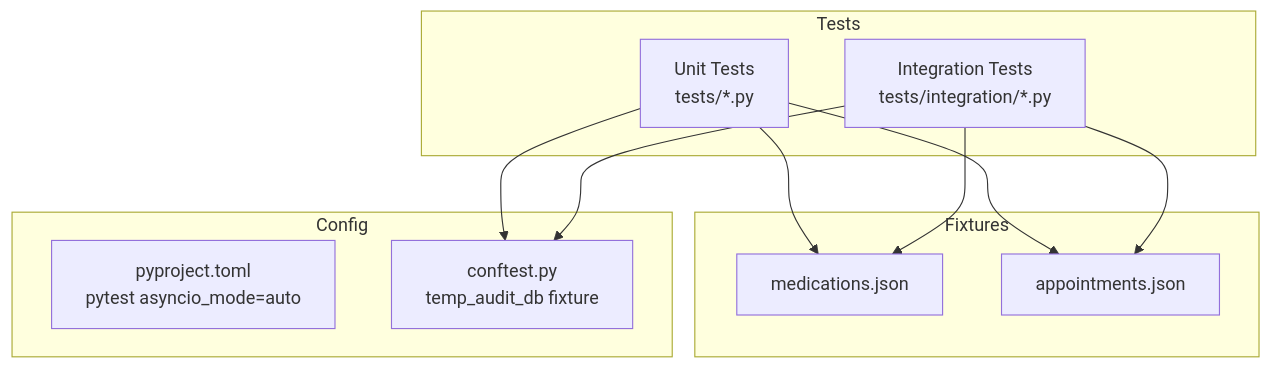
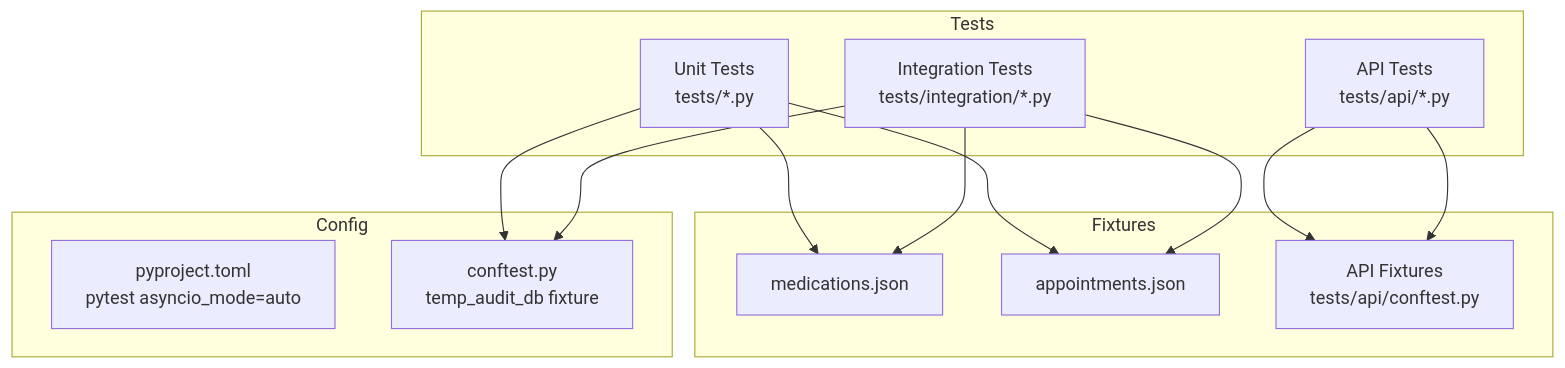
Before and after one commit to infamous-rebel/CareBridge: the first of 14 diagrams in .qoder/repowiki/en/content/Testing Strategy/Testing Strategy.md, drawn with Mermaid. The commit also changed other lines of this file and 12 other files, not shown here.

````diff
--- a/.qoder/repowiki/en/content/Testing Strategy/Testing Strategy.md
+++ b/.qoder/repowiki/en/content/Testing Strategy/Testing Strategy.md
@@ -41,21 +64,25 @@
 ```mermaid
 graph TB
 subgraph "Tests"
 U["Unit Tests<br/>tests/*.py"]
 I["Integration Tests<br/>tests/integration/*.py"]
+A["API Tests<br/>tests/api/*.py"]
 end
 subgraph "Fixtures"
 F1["medications.json"]
 F2["appointments.json"]
+F3["API Fixtures<br/>tests/api/conftest.py"]
 end
 subgraph "Config"
 C1["pyproject.toml<br/>pytest asyncio_mode=auto"]
 C2["conftest.py<br/>temp_audit_db fixture"]
 end
 U --> C2
 I --> C2
+A --> F3
 U --> F1
 U --> F2
 I --> F1
 I --> F2
+A --> F3
 ```
````
